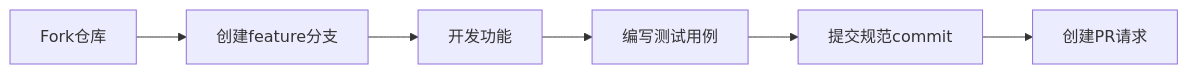
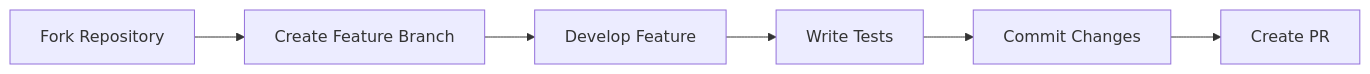
One commit to liujunxiang0076/liu-site changed the diagram in README.md. Above: the diagram before and after it, drawn with Mermaid. The commit also changed other lines of this file, not shown here.

````diff
--- a/README.md
+++ b/README.md
@@ -165,8 +165,8 @@
 ```mermaid
 graph LR
-A[Fork仓库] --> B[创建feature分支]
-B --> C[开发功能]
-C --> D[编写测试用例]
-D --> E[提交规范commit]
-E --> F[创建PR请求]
+A[Fork Repository] --> B[Create Feature Branch]
+B --> C[Develop Feature]
+C --> D[Write Tests]
+D --> E[Commit Changes]
+E --> F[Create PR]
 ```
````
